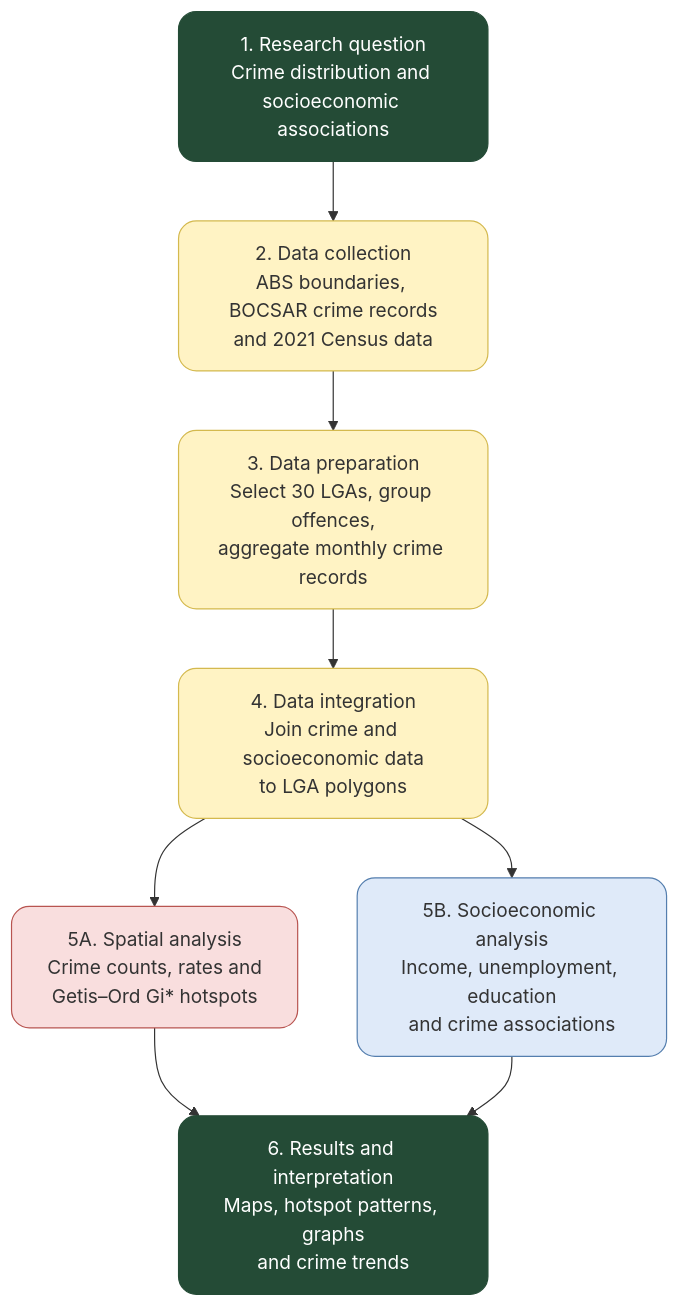
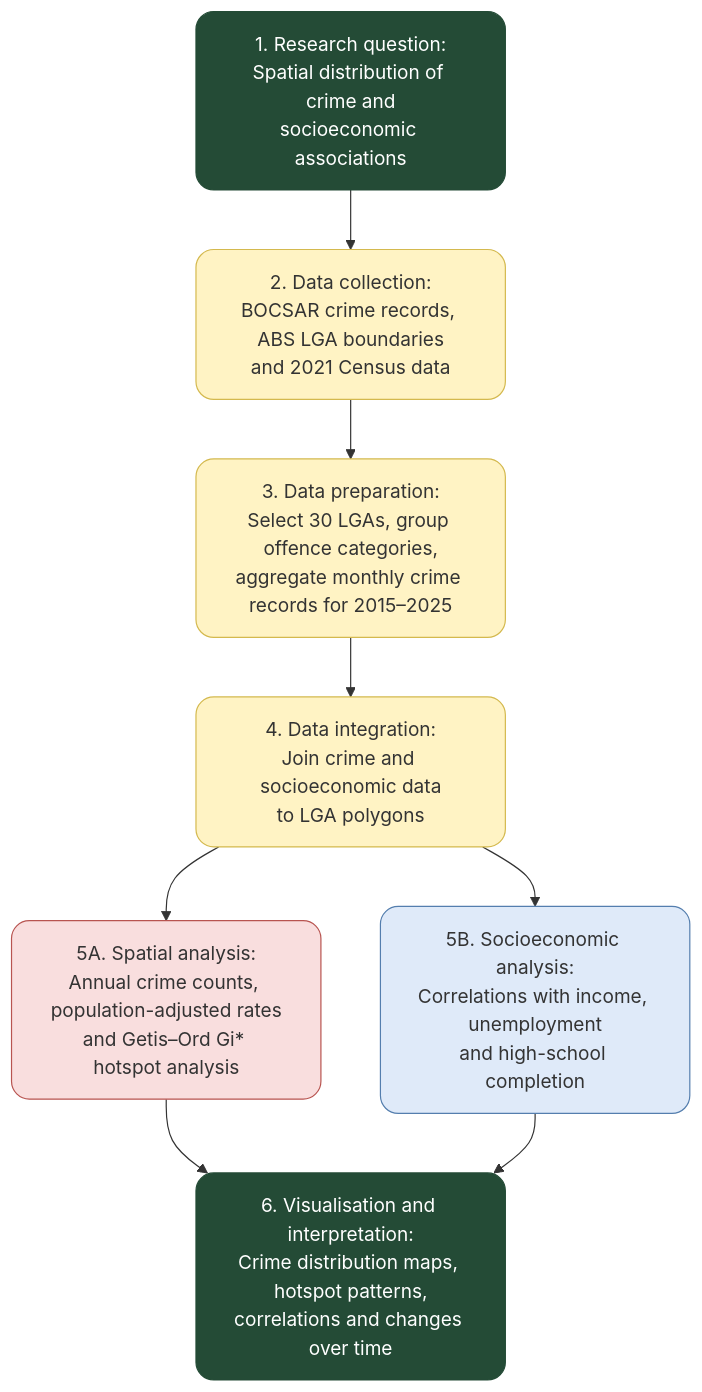
Before and after one commit to University-of-Tasmania-GPSS/AT3_Group9_2026: the diagram in methods.md, drawn with Mermaid. The commit also changed other lines of this file and 23 other files, not shown here.

````diff
--- a/methods.md
+++ b/methods.md
@@ -24,27 +28,27 @@
 ```{mermaid}
 flowchart TD
-    A["1. Research question<br/>Crime distribution and socioeconomic associations"]
-    B["2. Data collection<br/>ABS boundaries, BOCSAR crime records<br/>and 2021 Census data"]
-    C["3. Data preparation<br/>Select 30 LGAs, group offences,<br/>aggregate monthly crime records"]
-    D["4. Data integration<br/>Join crime and socioeconomic data<br/>to LGA polygons"]
-    E["5A. Spatial analysis<br/>Crime counts, rates and<br/>Getis–Ord Gi* hotspots"]
-    F["5B. Socioeconomic analysis<br/>Income, unemployment, education<br/>and crime associations"]
-    G["6. Results and interpretation<br/>Maps, hotspot patterns, graphs<br/>and crime trends"]
+    A["1. Research question:<br/>Spatial distribution of crime and<br/>socioeconomic associations"]
+    B["2. Data collection:<br/>BOCSAR crime records, ABS LGA boundaries<br/>and 2021 Census data"]
+    C["3. Data preparation:<br/>Select 30 LGAs, group offence categories,<br/>aggregate monthly crime records for 2015–2025"]
+    D["4. Data integration:<br/>Join crime and socioeconomic data<br/>to LGA polygons"]
+    E["5A. Spatial analysis:<br/>Annual crime counts, population-adjusted rates<br/>and Getis–Ord Gi* hotspot analysis"]
+    F["5B. Socioeconomic analysis:<br/>Correlations with income, unemployment<br/>and high-school completion"]
+    G["6. Visualisation and interpretation:<br/>Crime distribution maps, hotspot patterns,<br/>correlations and changes over time"]
 
     A --> B --> C --> D
     D --> E
     D --> F
     E --> G
     F --> G
 
-   
     classDef main fill:#244B36,color:#ffffff,stroke:#244B36,rx:15,ry:15
     classDef prep fill:#FFF3C4,color:#333333,stroke:#D4B94E,rx:15,ry:15
     classDef spatial fill:#F9DEDE,color:#333333,stroke:#B85450,rx:15,ry:15
     classDef socio fill:#DFEAF9,color:#333333,stroke:#547EAE,rx:15,ry:15
 
     class A,G main
     class B,C,D prep
     class E spatial
     class F socio
+
 ```
````
